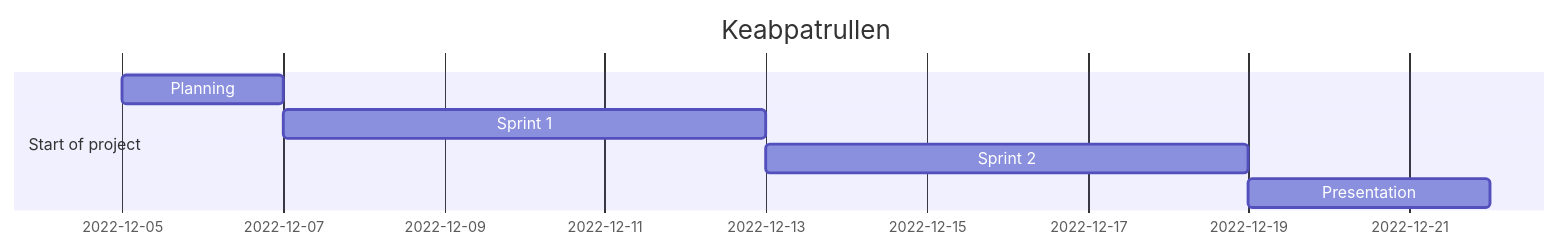
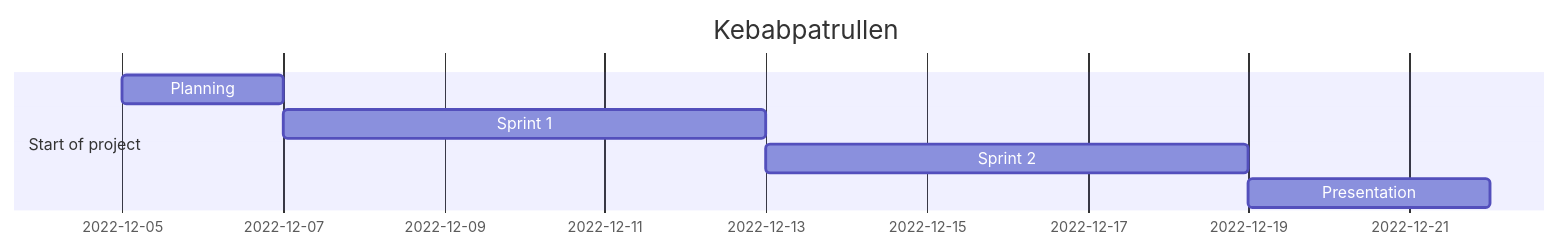
One commit to JarlJakobsson/DevOps22-Kebabpatrullen changed the first of 2 diagrams in README.md. Above: the diagram before and after it, drawn with Mermaid.

````diff
--- a/README.md
+++ b/README.md
@@ -56,11 +56,11 @@
 ```mermaid
 gantt
 dateFormat  YYYY-MM-DD
-title Keabpatrullen
+title Kebabpatrullen
 
 section Start of project
 Planning                  :         des1, 2022-12-05, 2d
 Sprint 1                  :         des2, 2022-12-07, 6d
 Sprint 2                  :         des3, after des2, 6d
 Presentation              :         des4, after des3, 3d
 ```
````
